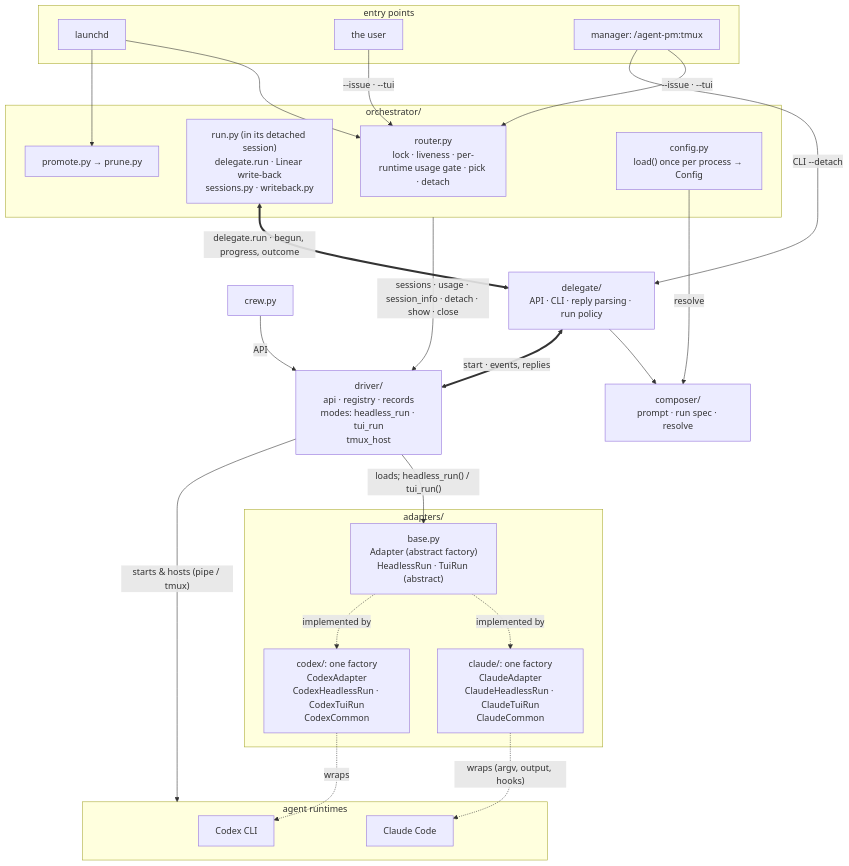
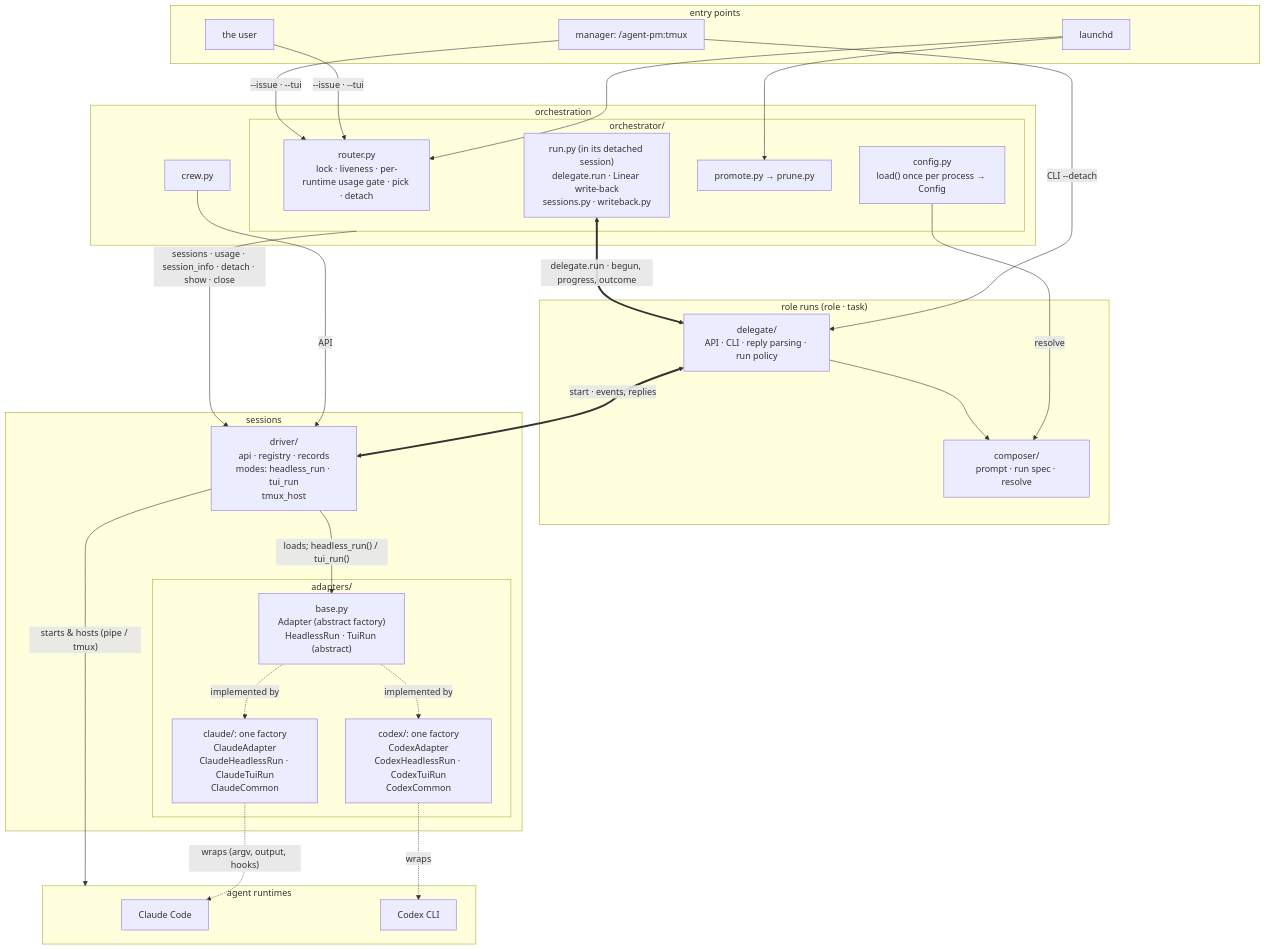
Before and after one commit to ophis/agent-pm: the second of 4 diagrams in README.md, drawn with Mermaid. The commit also changed other lines of this file, not shown here.

Commit message:
README: three layers in the architecture diagram
Claude-Session: https://claude.ai/code/session_01DWNTKp8E4ZkndBswMuqLEu

````diff
--- a/README.md
+++ b/README.md
@@ -20,42 +20,48 @@
 ```mermaid
 flowchart TB
   subgraph EN[entry points]
     LD[launchd]
     HU[the user]
     M["manager: /agent-pm:tmux"]
   end
-  subgraph OR[orchestrator/]
-    R["router.py<br>lock · liveness · per-runtime usage gate · pick · detach"]
-    RU["run.py (in its detached session)<br>delegate.run · Linear write-back<br>sessions.py · writeback.py"]
-    PP["promote.py → prune.py"]
-    CF["config.py<br>load() once per process → Config"]
+  subgraph L1[orchestration]
+    subgraph OR[orchestrator/]
+      R["router.py<br>lock · liveness · per-runtime usage gate · pick · detach"]
+      RU["run.py (in its detached session)<br>delegate.run · Linear write-back<br>sessions.py · writeback.py"]
+      PP["promote.py → prune.py"]
+      CF["config.py<br>load() once per process → Config"]
+    end
+    W[crew.py]
   end
-  W[crew.py]
-  D["delegate/<br>API · CLI · reply parsing · run policy"]
-  C["composer/<br>prompt · run spec · resolve"]
-  DR["driver/<br>api · registry · records<br>modes: headless_run · tui_run<br>tmux_host"]
-  subgraph AD[adapters/]
-    B["base.py<br>Adapter (abstract factory)<br>HeadlessRun · TuiRun (abstract)"]
-    CL["claude/: one factory<br>ClaudeAdapter<br>ClaudeHeadlessRun · ClaudeTuiRun<br>ClaudeCommon"]
-    CX["codex/: one factory<br>CodexAdapter<br>CodexHeadlessRun · CodexTuiRun<br>CodexCommon"]
+  subgraph L2["role runs (role · task)"]
+    D["delegate/<br>API · CLI · reply parsing · run policy"]
+    C["composer/<br>prompt · run spec · resolve"]
+  end
+  subgraph L3[sessions]
+    DR["driver/<br>api · registry · records<br>modes: headless_run · tui_run<br>tmux_host"]
+    subgraph AD[adapters/]
+      B["base.py<br>Adapter (abstract factory)<br>HeadlessRun · TuiRun (abstract)"]
+      CL["claude/: one factory<br>ClaudeAdapter<br>ClaudeHeadlessRun · ClaudeTuiRun<br>ClaudeCommon"]
+      CX["codex/: one factory<br>CodexAdapter<br>CodexHeadlessRun · CodexTuiRun<br>CodexCommon"]
+    end
   end
   subgraph RT[agent runtimes]
     P1[Claude Code]
     P2[Codex CLI]
   end
   LD --> R & PP
   HU -->|"--issue · --tui"| R
   M -->|"--issue · --tui"| R
   M -->|"CLI --detach"| D
   W -->|API| DR
   RU <==>|"delegate.run · begun, progress, outcome"| D
   CF -->|resolve| C
   OR -->|"sessions · usage · session_info · detach · show · close"| DR
   D --> C
   D <==>|"start · events, replies"| DR
   DR -->|"loads; headless_run() / tui_run()"| B
   B -.->|implemented by| CL & CX
   DR -->|"starts & hosts (pipe / tmux)"| RT
   CL -.->|"wraps (argv, output, hooks)"| P1
   CX -.->|wraps| P2
 ```
````
